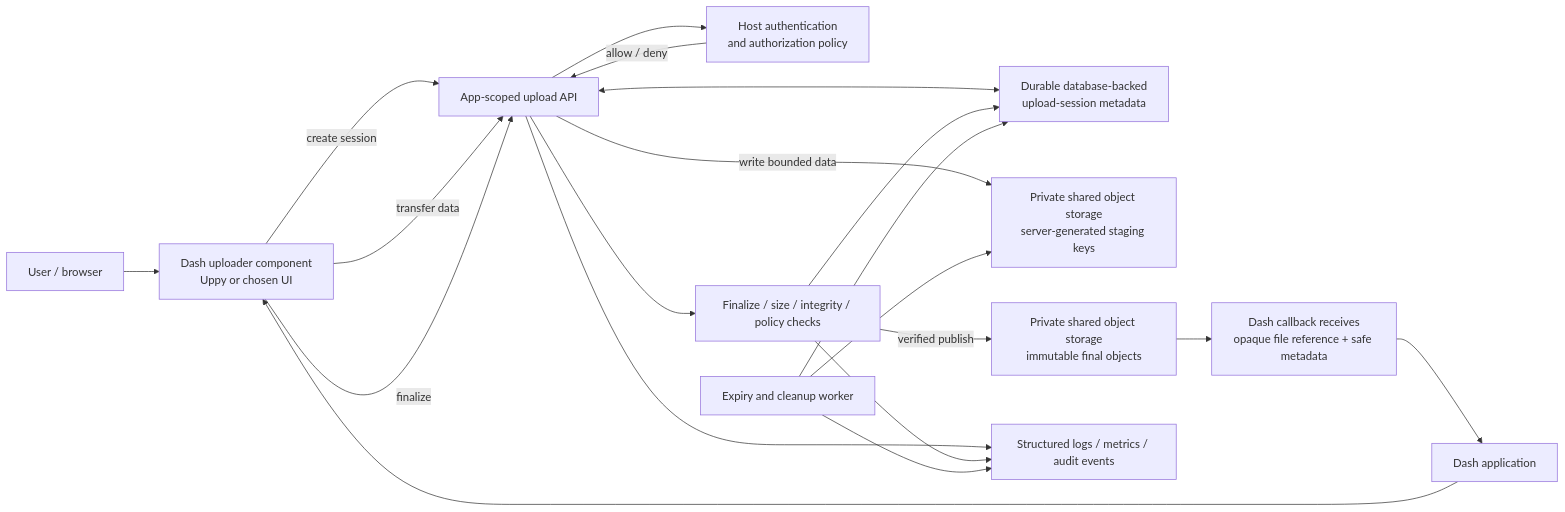
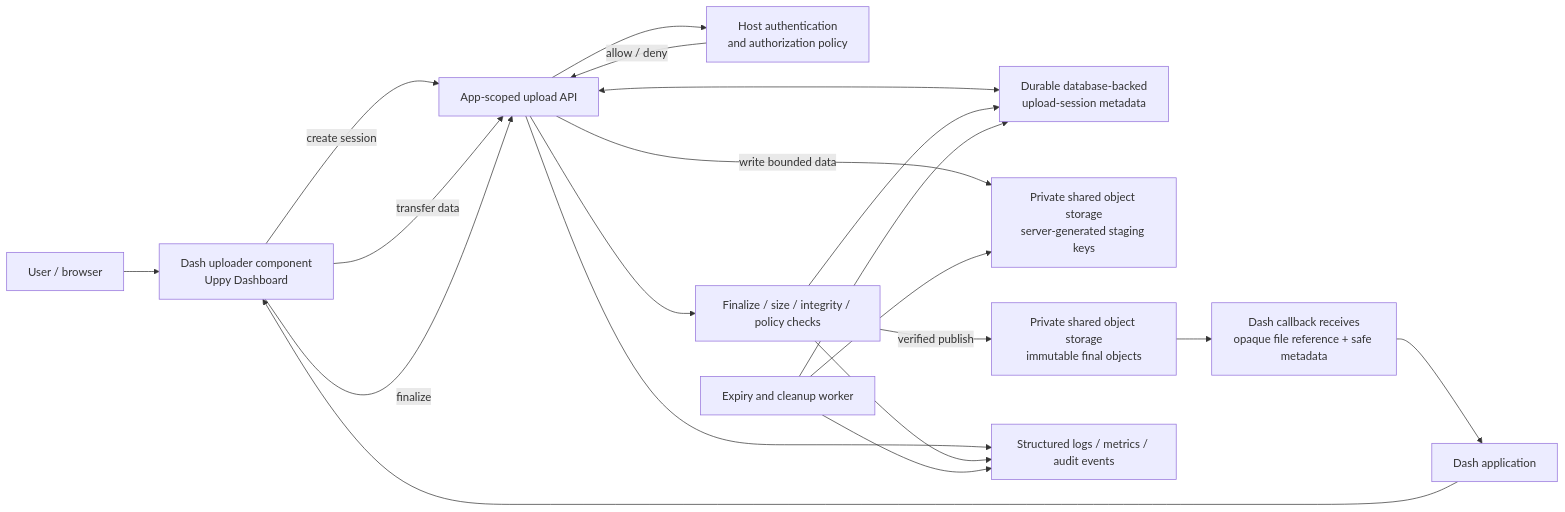
Before and after one commit to rakrsh/dash-file-uploader: the diagram in blueprint/target-architecture.mmd, drawn with Mermaid. The commit also changed 13 other files, not shown here.

```diff
--- a/blueprint/target-architecture.mmd
+++ b/blueprint/target-architecture.mmd
@@ -1,33 +1,33 @@
 flowchart LR
   User["User / browser"]
   Dash["Dash application"]
-  Component["Dash uploader component<br/>Uppy or chosen UI"]
+  Component["Dash uploader component<br/>Uppy Dashboard"]
   Auth["Host authentication<br/>and authorization policy"]
   API["App-scoped upload API"]
   Session["Durable database-backed<br/>upload-session metadata"]
   Staging["Private shared object storage<br/>server-generated staging keys"]
   Verify["Finalize / size / integrity / policy checks"]
   Final["Private shared object storage<br/>immutable final objects"]
   Callback["Dash callback receives<br/>opaque file reference + safe metadata"]
   Cleanup["Expiry and cleanup worker"]
   Observability["Structured logs / metrics / audit events"]
 
   User --> Component
   Dash --> Component
   Component -->|"create session"| API
   API --> Auth
   Auth -->|"allow / deny"| API
   API <--> Session
   Component -->|"transfer data"| API
   API -->|"write bounded data"| Staging
   Component -->|"finalize"| API
   API --> Verify
   Verify -->|"verified publish"| Final
   Verify --> Session
   Final --> Callback
   Callback --> Dash
   Cleanup --> Session
   Cleanup --> Staging
   API --> Observability
   Verify --> Observability
   Cleanup --> Observability
```
